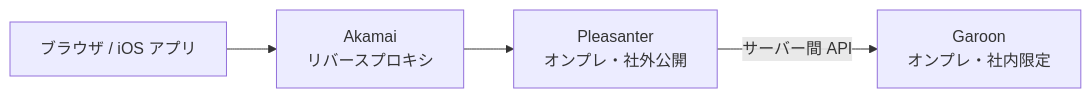
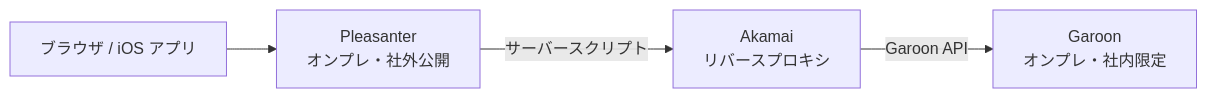
The diagram in README.md (J-paku/seatmap-demo), drawn with Mermaid before and after one commit. The commit also changed other lines of this file, not shown here.

Commit message:
fix: 原本の構成図の経路を実構成に合わせる
- クライアントは Akamai ではなく Pleasanter を直接参照する形に修正
- Akamai リバースプロキシを Pleasanter サーバースクリプト → Garoon の中継位置へ移動
- 課題文を「両ネットワークが物理的につながっていない」点に書き換え

````diff
--- a/README.md
+++ b/README.md
@@ -39,6 +39,6 @@
 ```mermaid
 flowchart LR
-  C["ブラウザ / iOS アプリ"] --> A["Akamai<br>リバースプロキシ"]
-  A --> P["Pleasanter<br>オンプレ・社外公開"]
-  P -->|"サーバー間 API"| G["Garoon<br>オンプレ・社内限定"]
+  C["ブラウザ / iOS アプリ"] --> P["Pleasanter<br>オンプレ・社外公開"]
+  P -->|"サーバースクリプト"| A["Akamai<br>リバースプロキシ"]
+  A -->|"Garoon API"| G["Garoon<br>オンプレ・社内限定"]
 ```
````
